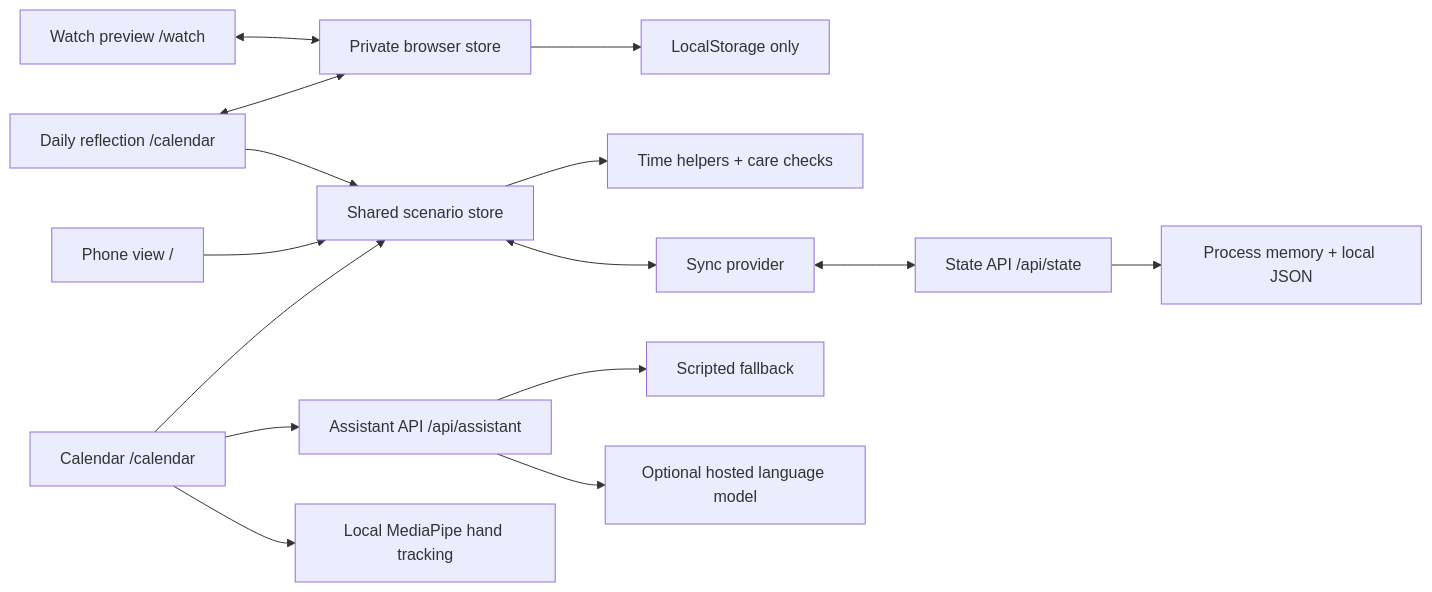
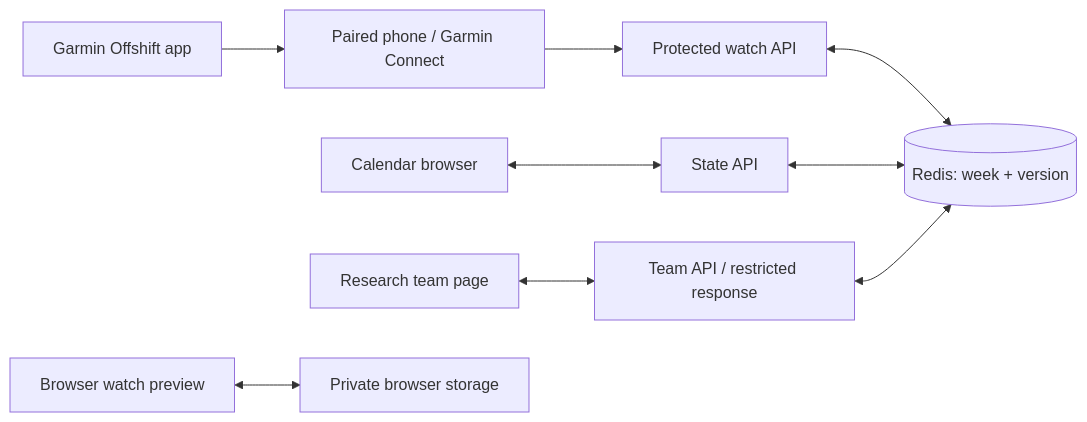
The diagram in docs/wiki/Architecture.md (AndhikaNayakaAW/DECO2850-team-project), drawn with Mermaid before and after one commit. The commit also changed other lines of this file and 14 other files, not shown here.

````diff
--- a/docs/wiki/Architecture.md
+++ b/docs/wiki/Architecture.md
@@ -7,17 +7,11 @@
 ```mermaid
 flowchart LR
-    W[Watch preview /watch] <--> R[Private browser store]
-    D[Daily reflection /calendar] <--> R
-    D --> S[Shared scenario store]
-    R --> B[LocalStorage only]
-    P[Phone view /] --> S
-    C[Calendar /calendar] --> S
-    S --> L[Time helpers + care checks]
-    S <--> Y[Sync provider]
-    Y <--> A[State API /api/state]
-    A --> F[Process memory + local JSON]
-    C --> V[Assistant API /api/assistant]
-    V --> O[Scripted fallback]
-    V --> H[Optional hosted language model]
-    C --> M[Local MediaPipe hand tracking]
+  G[Garmin Offshift app] --> P[Paired phone / Garmin Connect]
+  P --> W[Protected watch API]
+  C[Calendar browser] <--> S[State API]
+  T[Research team page] <--> A[Team API / restricted response]
+  W <--> R[(Redis: week + version)]
+  S <--> R
+  A <--> R
+  B[Browser watch preview] <--> L[Private browser storage]
 ```
````
